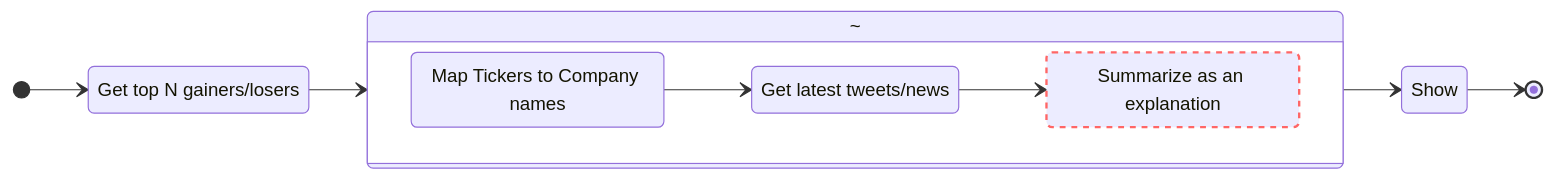
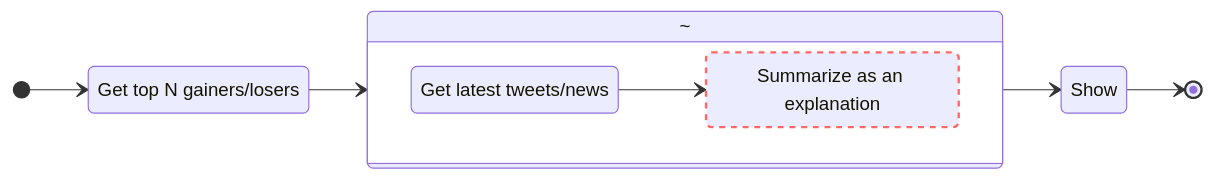
One commit to completelyboofyblitzed/STOCK-MARKET-NLP changed the second of 3 diagrams in README.md. Above: the diagram before and after it, drawn with Mermaid. The commit also changed other lines of this file, not shown here.

````diff
--- a/README.md
+++ b/README.md
@@ -98,23 +98,21 @@
 ```mermaid
 %%{init: {"theme": "default","fontFamily": "cursive", "sequence": { "securityLevel":"loose" }}}%%
 stateDiagram
 
     classDef Important stroke:#f66,stroke-width:2px,stroke-dasharray: 5 5,text-decoration: none
     direction LR
     A: Get top N gainers/losers
-    a: Map Tickers to Company names
     b: Get latest tweets/news
     c: Summarize as an explanation
     B: ~
     C: Show
     [*] --> A
     A --> B
     B --> C
     state B {
       direction LR
-      a --> b
       b --> c
     }
     C --> [*]
     class c Important
 ```
````
